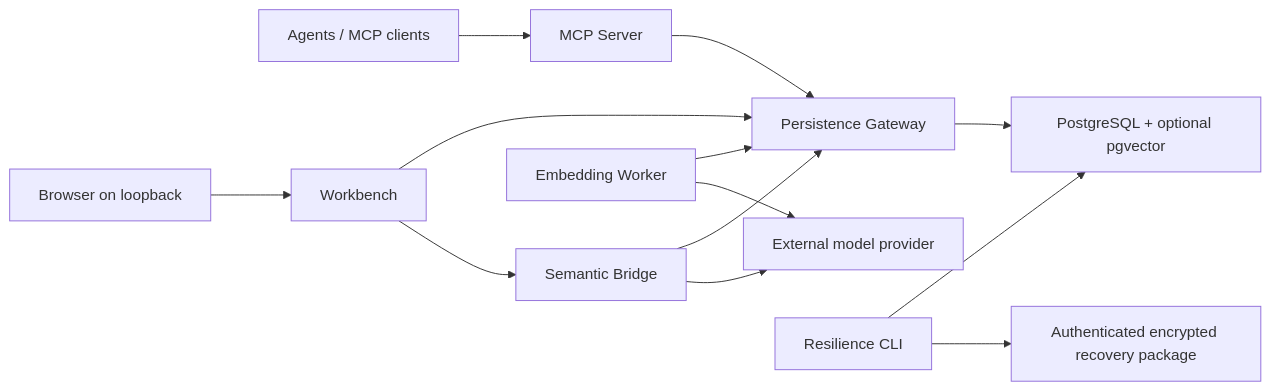
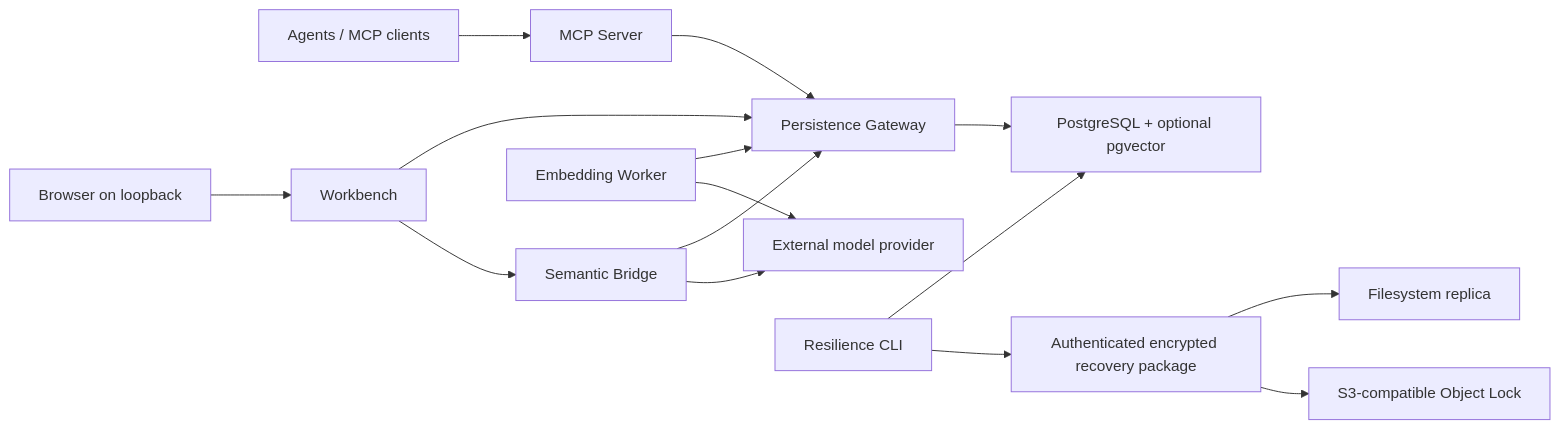
Before and after one commit to ProjForge/Forge: the diagram in README.md, drawn with Mermaid. The commit also changed other lines of this file and 19 other files, not shown here.

````diff
--- a/README.md
+++ b/README.md
@@ -56,15 +56,17 @@
 ```mermaid
 flowchart LR
     Agents["Agents / MCP clients"] --> MCP["MCP Server"]
     Humans["Browser on loopback"] --> WB["Workbench"]
     MCP --> GW["Persistence Gateway"]
     WB --> GW
     WB --> SB["Semantic Bridge"]
     SB --> GW
     Worker["Embedding Worker"] --> GW
     Worker --> Provider["External model provider"]
     SB --> Provider
     GW --> DB["PostgreSQL + optional pgvector"]
     Recovery["Resilience CLI"] --> DB
     Recovery --> Backup["Authenticated encrypted recovery package"]
+    Backup --> LocalReplica["Filesystem replica"]
+    Backup --> CloudReplica["S3-compatible Object Lock"]
 ```
````
